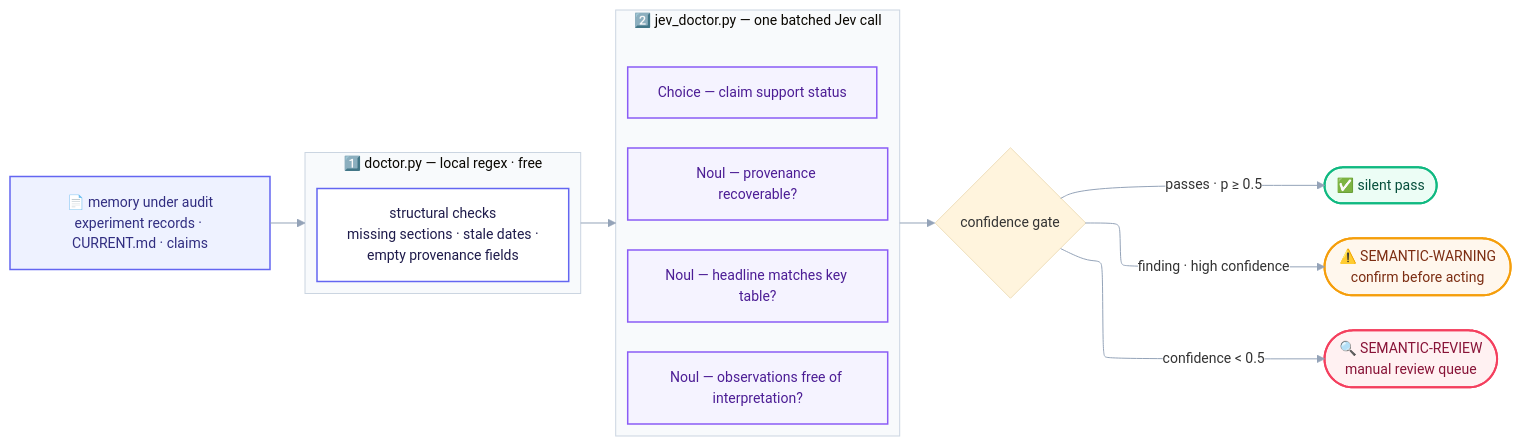
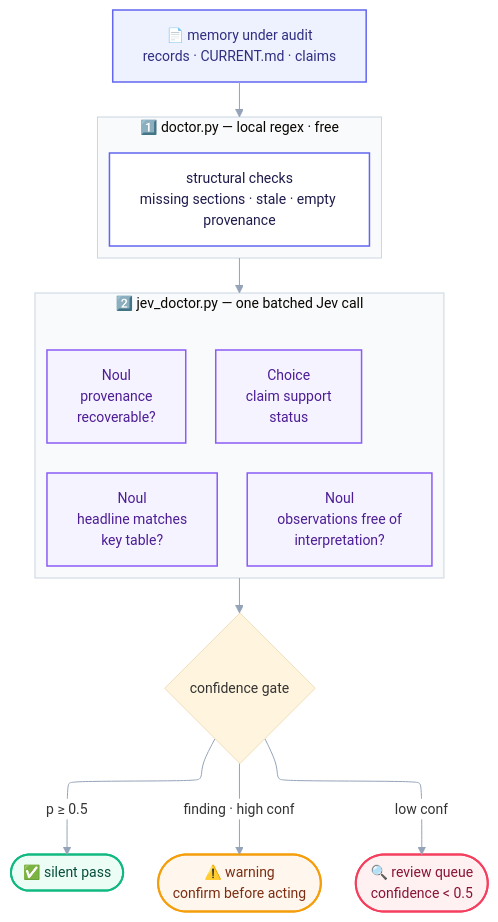
One commit to poiuyjie/jev_project_context changed the second of 2 diagrams in README.md. Above: the diagram before and after it, drawn with Mermaid. The commit also changed 1 other file, not shown here.

Commit message:
Audit diagram: vertical top-down flow, compact one-row question cards, shorter labels

````diff
--- a/README.md
+++ b/README.md
@@ -45,33 +45,32 @@
 ```mermaid
-flowchart LR
+flowchart TB
     %%{init: {"flowchart":{"defaultRenderer":"elk"},"theme":"base","themeVariables":{"fontFamily":"Inter, ui-sans-serif, system-ui, sans-serif","fontSize":"14px","clusterBkg":"#F8FAFC","clusterBorder":"#CBD5E1","lineColor":"#94A3B8","edgeLabelBackground":"#FFFFFF"}}}%%
 
-    src["📄 memory under audit<br/>experiment records · CURRENT.md · claims"]:::c1
+    src["📄 memory under audit<br/>records · CURRENT.md · claims"]:::c1 --> L1
 
     subgraph L1["1️⃣ doctor.py — local regex · free"]
-        r1["structural checks<br/>missing sections · stale dates ·<br/>empty provenance fields"]:::c2
+        r1["structural checks<br/>missing sections · stale · empty provenance"]:::c2
     end
 
+    L1 --> L2
+
     subgraph L2["2️⃣ jev_doctor.py — one batched Jev call"]
-        direction TB
-        q1["Noul — provenance recoverable?"]:::c3
-        q2["Noul — headline matches key table?"]:::c3
-        q3["Noul — observations free of interpretation?"]:::c3
-        q4["Choice — claim support status"]:::c3
+        direction LR
+        q1["Noul<br/>provenance<br/>recoverable?"]:::c3
+        q2["Noul<br/>headline matches<br/>key table?"]:::c3
+        q3["Noul<br/>observations free of<br/>interpretation?"]:::c3
+        q4["Choice<br/>claim support<br/>status"]:::c3
     end
 
-    src --> L1
-    L1 --> L2
-
     L2 --> gate{"confidence gate"}
-    gate -->|"passes · p ≥ 0.5"| ok(["✅ silent pass"]):::okc
-    gate -->|"finding · high confidence"| warn(["⚠️ SEMANTIC-WARNING<br/>confirm before acting"]):::warnc
-    gate -->|"confidence < 0.5"| rev(["🔍 SEMANTIC-REVIEW<br/>manual review queue"]):::revc
+    gate -->|p ≥ 0.5| ok(["✅ silent pass"]):::okc
+    gate -->|finding · high conf| warn(["⚠️ warning<br/>confirm before acting"]):::warnc
+    gate -->|low conf| rev(["🔍 review queue<br/>confidence < 0.5"]):::revc
 
     classDef c1 fill:#EEF2FF,stroke:#6366F1,stroke-width:1.5px,color:#312E81;
     classDef c2 fill:#FFFFFF,stroke:#6366F1,stroke-width:1.5px,color:#1E1B4B;
     classDef c3 fill:#F5F3FF,stroke:#8B5CF6,stroke-width:1.5px,color:#4C1D95;
     classDef okc fill:#ECFDF5,stroke:#10B981,stroke-width:2px,color:#064E3B;
     classDef warnc fill:#FFF7ED,stroke:#F59E0B,stroke-width:2px,color:#7C2D12;
     classDef revc fill:#FFF1F2,stroke:#F43F5E,stroke-width:2px,color:#881337;
 ```
````
